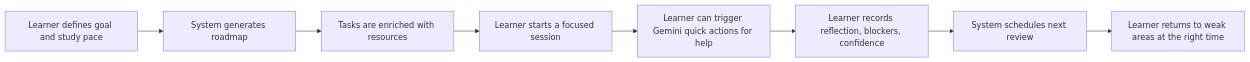
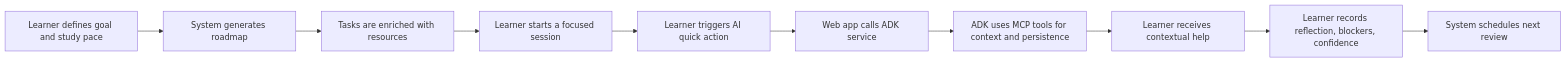
Before and after one commit to fadlyzaki/learning-progress-architect: the first of 2 diagrams in docs/gen-ai-academy-prototype-deck-content.md, drawn with Mermaid. The commit also changed other lines of this file, not shown here.

Commit message:
Update deck content for live ADK and MCP demo architecture

````diff
--- a/docs/gen-ai-academy-prototype-deck-content.md
+++ b/docs/gen-ai-academy-prototype-deck-content.md
@@ -105,10 +107,12 @@
 ```mermaid
 flowchart LR
     A["Learner defines goal and study pace"] --> B["System generates roadmap"]
     B --> C["Tasks are enriched with resources"]
     C --> D["Learner starts a focused session"]
-    D --> E["Learner can trigger Gemini quick actions for help"]
-    E --> F["Learner records reflection, blockers, confidence"]
-    F --> G["System schedules next review"]
-    G --> H["Learner returns to weak areas at the right time"]
+    D --> E["Learner triggers AI quick action"]
+    E --> F["Web app calls ADK service"]
+    F --> G["ADK uses MCP tools for context and persistence"]
+    G --> H["Learner receives contextual help"]
+    H --> I["Learner records reflection, blockers, confidence"]
+    I --> J["System schedules next review"]
 ```
````
